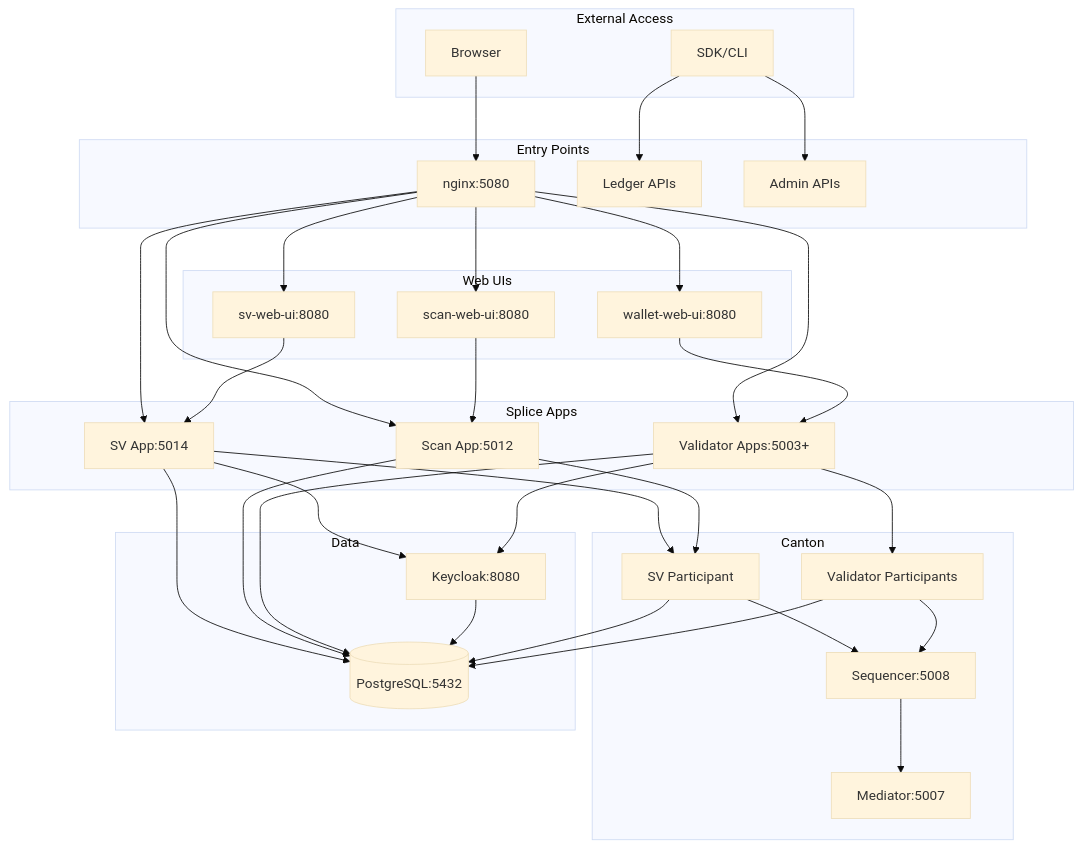
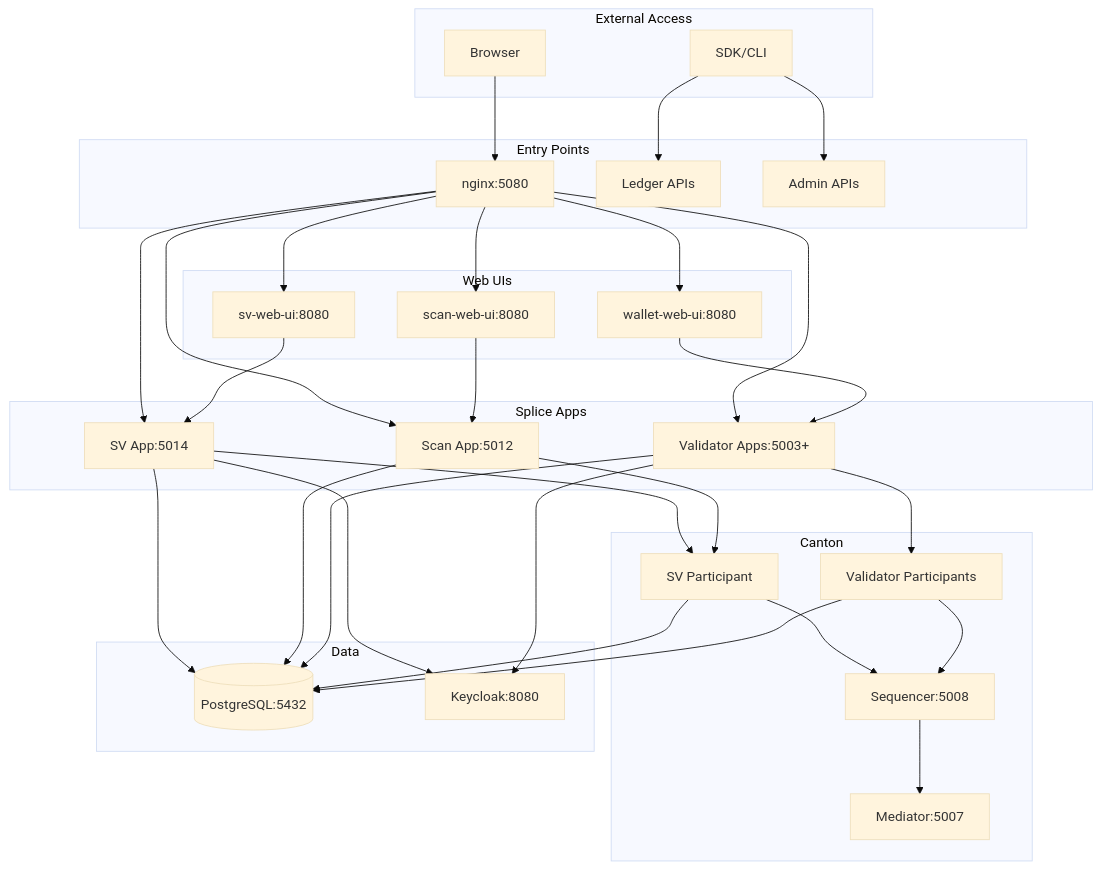
The seventh of 7 diagrams in site/src/content/docs/how-it-works/architecture.md (denex-io/denex-network-manager), drawn with Mermaid (base theme) before and after one commit. The commit also changed other lines of this file and 14 other files, not shown here.

````diff
--- a/site/src/content/docs/how-it-works/architecture.md
+++ b/site/src/content/docs/how-it-works/architecture.md
@@ -575,70 +597,69 @@
 ```mermaid
 graph TB
     subgraph "External Access"
         Browser[Browser]
         SDK[SDK/CLI]
     end
     
     subgraph "Entry Points"
         nginx[nginx:5080]
         ledger[Ledger APIs]
         admin[Admin APIs]
     end
     
     subgraph "Web UIs"
         sv-ui[sv-web-ui:8080]
         scan-ui[scan-web-ui:8080]
         wallet-ui[wallet-web-ui:8080]
     end
     
     subgraph "Splice Apps"
         sv-app[SV App:5014]
         scan-app[Scan App:5012]
         validator-app[Validator Apps:5003+]
     end
     
     subgraph "Canton"
         sv-part[SV Participant]
         v-parts[Validator Participants]
         seq[Sequencer:5008]
         med[Mediator:5007]
     end
     
     subgraph "Data"
         pg[(PostgreSQL:5432)]
         kc[Keycloak:8080]
     end
     
     Browser --> nginx
     SDK --> ledger
     SDK --> admin
     
     nginx --> sv-ui
     nginx --> scan-ui
     nginx --> wallet-ui
     nginx --> sv-app
     nginx --> scan-app
     nginx --> validator-app
     
     sv-ui --> sv-app
     scan-ui --> scan-app
     wallet-ui --> validator-app
     
     sv-app --> sv-part
     scan-app --> sv-part
     validator-app --> v-parts
     
     sv-part --> seq
     v-parts --> seq
     seq --> med
     
     sv-part --> pg
     v-parts --> pg
     sv-app --> pg
     scan-app --> pg
     validator-app --> pg
-    kc --> pg
     
     sv-app --> kc
     validator-app --> kc
 ```
````
